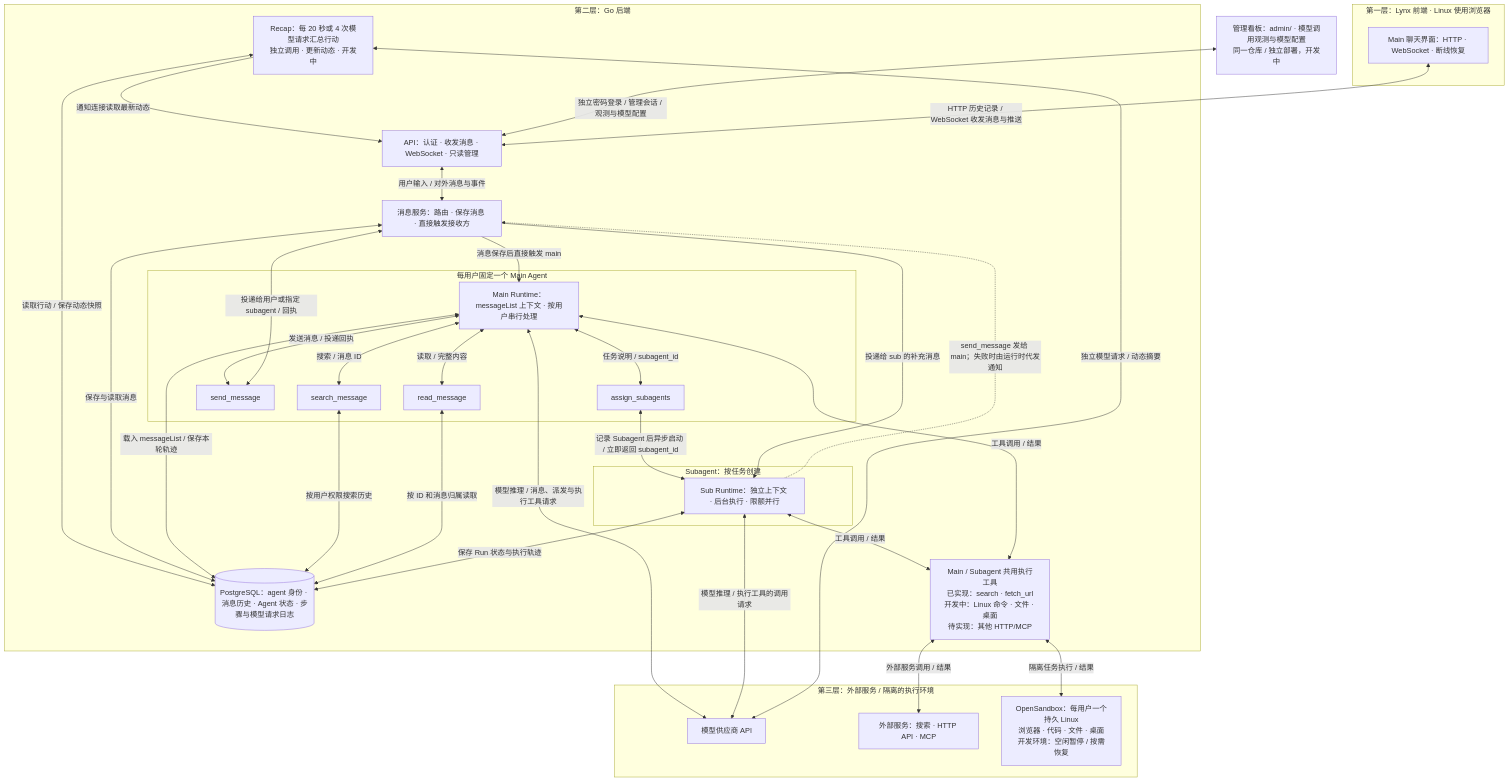
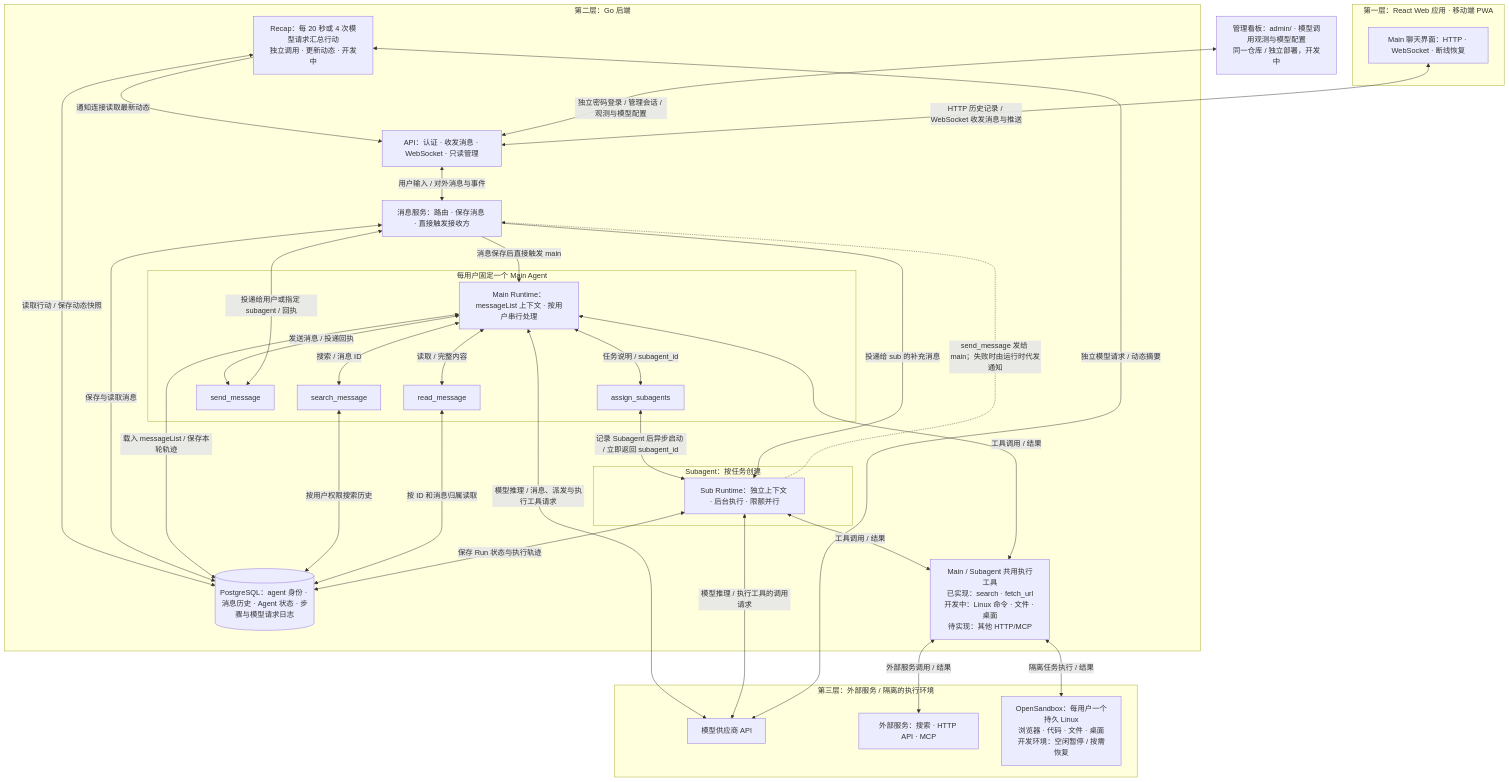
Before and after one commit to OmniNetOpensource/aether-personal: the diagram in docs/architecture.mmd, drawn with Mermaid. The commit also changed 10 other files, not shown here.

```diff
--- a/docs/architecture.mmd
+++ b/docs/architecture.mmd
@@ -1,63 +1,63 @@
 flowchart TD
-    subgraph L1["第一层：Lynx 前端 · Linux 使用浏览器"]
+    subgraph L1["第一层：React Web 应用 · 移动端 PWA"]
         CLIENT["Main 聊天界面：HTTP · WebSocket · 断线恢复"]
     end
 
     subgraph L2["第二层：Go 后端"]
         API["API：认证 · 收发消息 · WebSocket · 只读管理"]
         MESSAGES["消息服务：路由 · 保存消息 · 直接触发接收方"]
         DB[("PostgreSQL：agent 身份 · 消息历史 · Agent 状态 · 步骤与模型请求日志")]
 
         subgraph MAINBOX["每用户固定一个 Main Agent"]
             MAIN["Main Runtime：messageList 上下文 · 按用户串行处理"]
             ASSIGN["assign_subagents"]
             SEND["send_message"]
             SEARCH["search_message"]
             READ["read_message"]
 
             MAIN <-->|"任务说明 / subagent_id"| ASSIGN
             MAIN <-->|"发送消息 / 投递回执"| SEND
             MAIN <-->|"搜索 / 消息 ID"| SEARCH
             MAIN <-->|"读取 / 完整内容"| READ
         end
 
         subgraph SUBBOX["Subagent：按任务创建"]
             SUB["Sub Runtime：独立上下文 · 后台执行 · 限额并行"]
         end
 
         RECAP["Recap：每 20 秒或 4 次模型请求汇总行动<br/>独立调用 · 更新动态 · 开发中"]
         RECAP <-->|"读取行动 / 保存动态快照"| DB
         RECAP -->|"通知连接读取最新动态"| API
 
         TOOLS["Main / Subagent 共用执行工具<br/>已实现：search · fetch_url<br/>开发中：Linux 命令 · 文件 · 桌面<br/>待实现：其他 HTTP/MCP"]
         SUB <-->|"工具调用 / 结果"| TOOLS
         MAIN <-->|"工具调用 / 结果"| TOOLS
         API <-->|"用户输入 / 对外消息与事件"| MESSAGES
         MESSAGES <-->|"保存与读取消息"| DB
         MESSAGES -->|"消息保存后直接触发 main"| MAIN
         MAIN <-->|"载入 messageList / 保存本轮轨迹"| DB
 
         ASSIGN <-->|"记录 Subagent 后异步启动 / 立即返回 subagent_id"| SUB
         SEND <-->|"投递给用户或指定 subagent / 回执"| MESSAGES
         SEARCH <-->|"按用户权限搜索历史"| DB
         READ <-->|"按 ID 和消息归属读取"| DB
 
         MESSAGES -->|"投递给 sub 的补充消息"| SUB
         SUB -.->|"send_message 发给 main；失败时由运行时代发通知"| MESSAGES
         SUB <-->|"保存 Run 状态与执行轨迹"| DB
     end
 
     subgraph L3["第三层：外部服务 / 隔离的执行环境"]
         MODEL["模型供应商 API"]
         EXTERNAL["外部服务：搜索 · HTTP API · MCP"]
         SANDBOX["OpenSandbox：每用户一个持久 Linux<br/>浏览器 · 代码 · 文件 · 桌面<br/>开发环境：空闲暂停 / 按需恢复"]
     end
 
     ADMIN["管理看板：admin/ · 模型调用观测与模型配置<br/>同一仓库 / 独立部署，开发中"]
     ADMIN <-->|"独立密码登录 / 管理会话 / 观测与模型配置"| API
     CLIENT <-->|"HTTP 历史记录 / WebSocket 收发消息与推送"| API
     MAIN <-->|"模型推理 / 消息、派发与执行工具请求"| MODEL
     SUB <-->|"模型推理 / 执行工具的调用请求"| MODEL
     RECAP <-->|"独立模型请求 / 动态摘要"| MODEL
     TOOLS <-->|"外部服务调用 / 结果"| EXTERNAL
     TOOLS <-->|"隔离任务执行 / 结果"| SANDBOX
```
